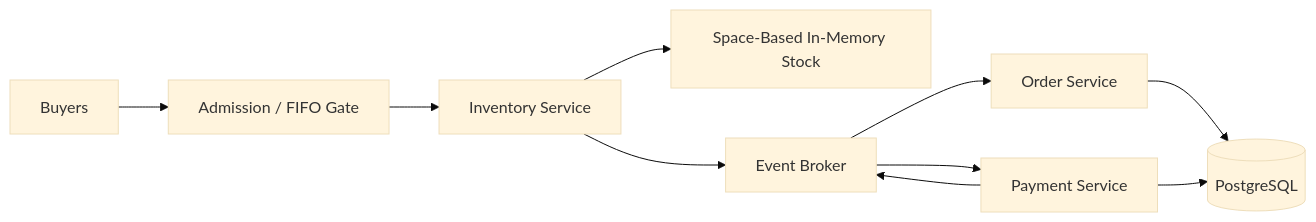
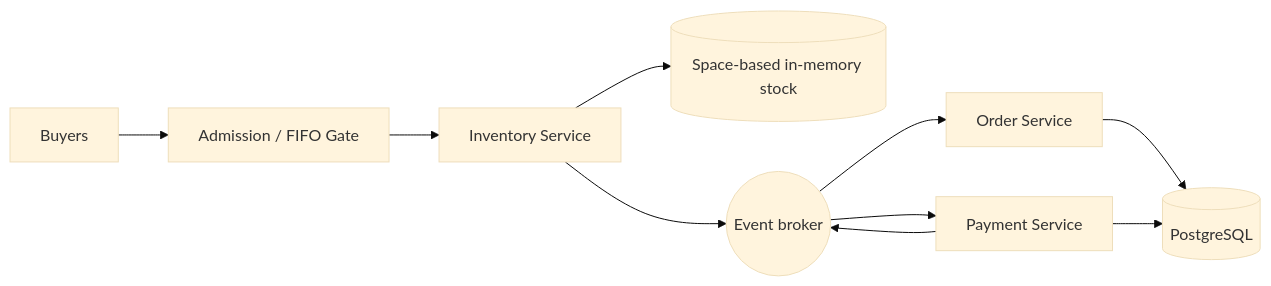
The diagram in README.md (Iffrah992/Advanced-software-architecture-patterns), drawn with Mermaid (base theme) before and after one commit. The commit also changed other lines of this file, not shown here.

````diff
--- a/README.md
+++ b/README.md
@@ -33,12 +34,12 @@
 ```mermaid
 flowchart LR
     U[Buyers] --> G[Admission / FIFO Gate]
     G --> I[Inventory Service]
-    I --> S[Space-Based In-Memory Stock]
-    I --> E[Event Broker]
+    I --> S[(Space-based in-memory stock)]
+    I --> E((Event broker))
     E --> O[Order Service]
     E --> P[Payment Service]
     O --> DB[(PostgreSQL)]
     P --> DB
     P --> E
 ```
````
